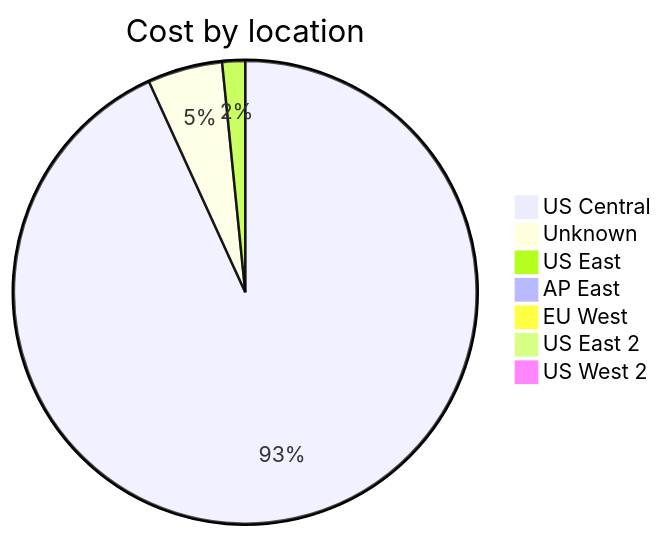
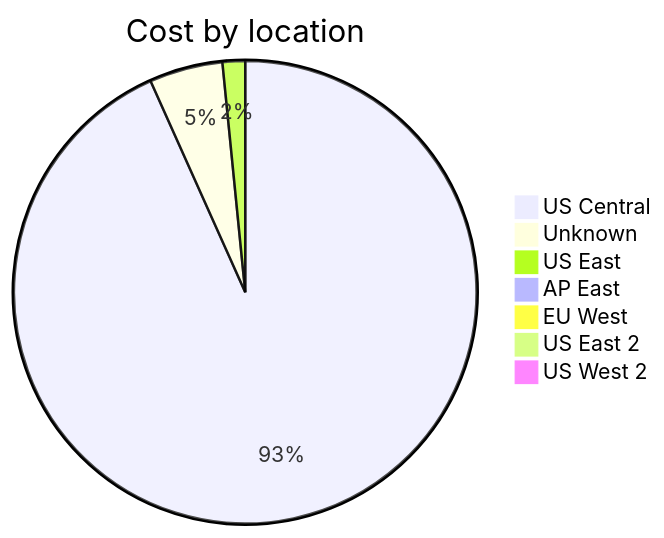
The third of 4 diagrams in cost-reports/accumulated-cost.md (jpfulton/azure-personal-reports), drawn with Mermaid before and after one commit. The commit also changed other lines of this file and 4 other files, not shown here.

````diff
--- a/cost-reports/accumulated-cost.md
+++ b/cost-reports/accumulated-cost.md
@@ -121,11 +121,11 @@
 ```mermaid
 pie
    title Cost by location
-   "US Central" : 8.74
-   "Unknown" : 0.49
-   "US East" : 0.15
+   "US Central" : 9.46
+   "Unknown" : 0.52
+   "US East" : 0.16
    "AP East" : 0.00
    "EU West" : 0.00
    "US East 2" : 0.00
    "US West 2" : 0.00
 ```
````
